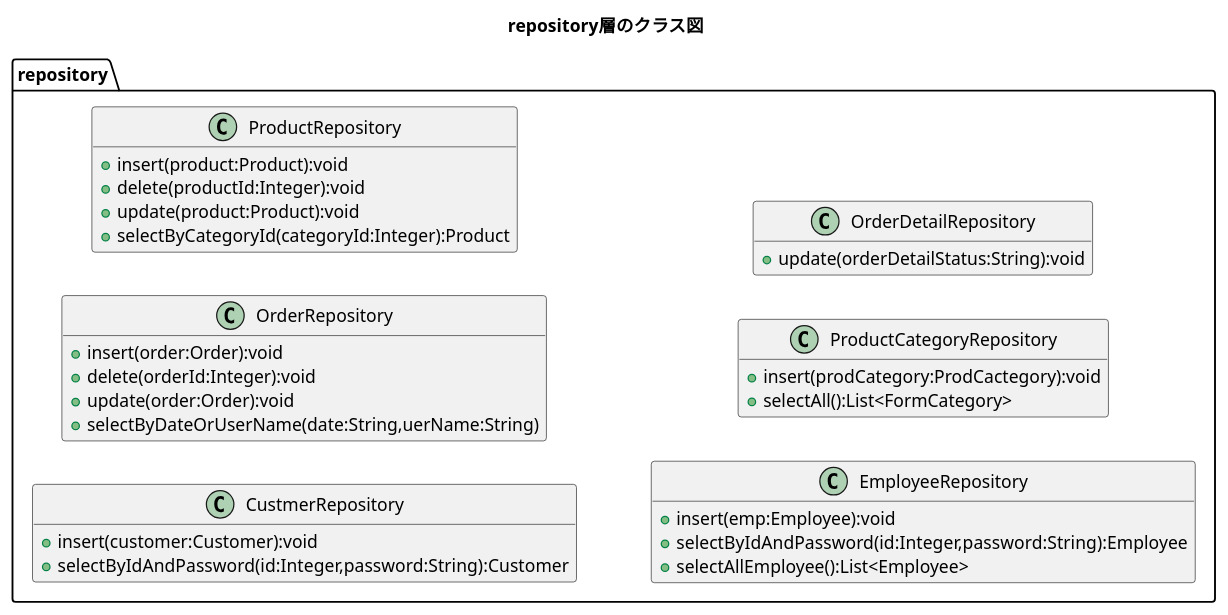
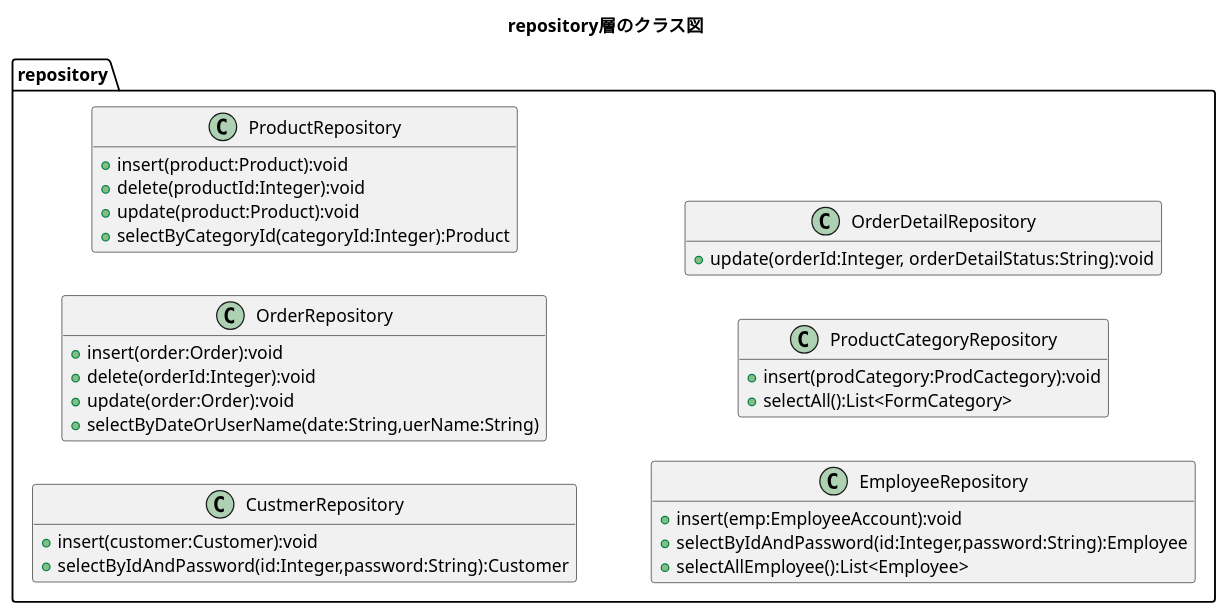
One commit to kanavii3333/ec-b changed the diagram in plan/uml/class/repository.plantuml. Above: the diagram before and after it, drawn with PlantUML. The commit also changed 1 other file, not shown here.

Commit message:
OrderDetailRepositoryのテスト仕様書の作成、完成、repository.plantumlの修正

```diff
--- a/plan/uml/class/repository.plantuml
+++ b/plan/uml/class/repository.plantuml
@@ -1,41 +1,41 @@
 @startuml
 title repository層のクラス図
 hide empty members
 left to right direction
 
 package repository{
     class CustmerRepository{
         +insert(customer:Customer):void
         +selectByIdAndPassword(id:Integer,password:String):Customer
     }
 
     class OrderRepository{
         +insert(order:Order):void
         +delete(orderId:Integer):void
         +update(order:Order):void
         +selectByDateOrUserName(date:String,uerName:String)
     }
 
     class ProductRepository{
         +insert(product:Product):void
         +delete(productId:Integer):void
         +update(product:Product):void
         +selectByCategoryId(categoryId:Integer):Product
     }
 
     class EmployeeRepository{
-        +insert(emp:Employee):void
+        +insert(emp:EmployeeAccount):void
         +selectByIdAndPassword(id:Integer,password:String):Employee
         +selectAllEmployee():List<Employee>
     }
 
     class ProductCategoryRepository{
         +insert(prodCategory:ProdCactegory):void
         +selectAll():List<FormCategory>
     }
 
     class OrderDetailRepository{
-        +update(orderDetailStatus:String):void
+        +update(orderId:Integer, orderDetailStatus:String):void
     }
 }
 @enduml
```
